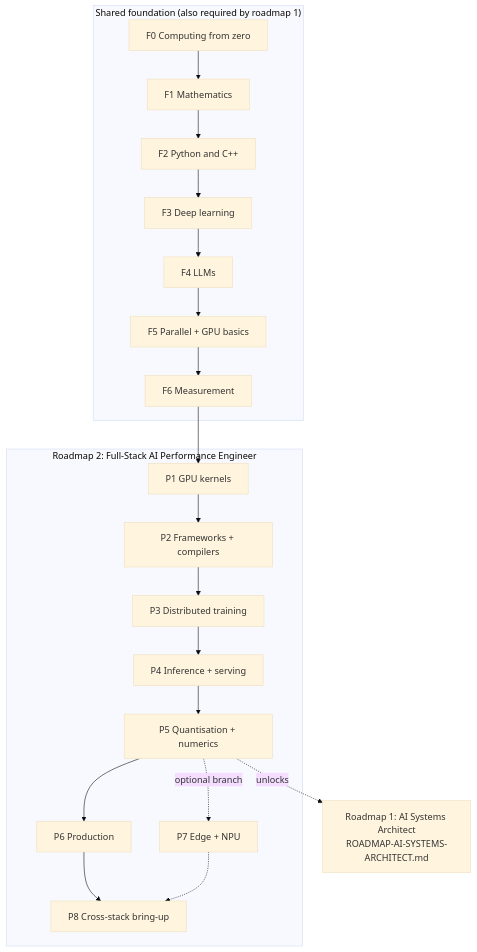
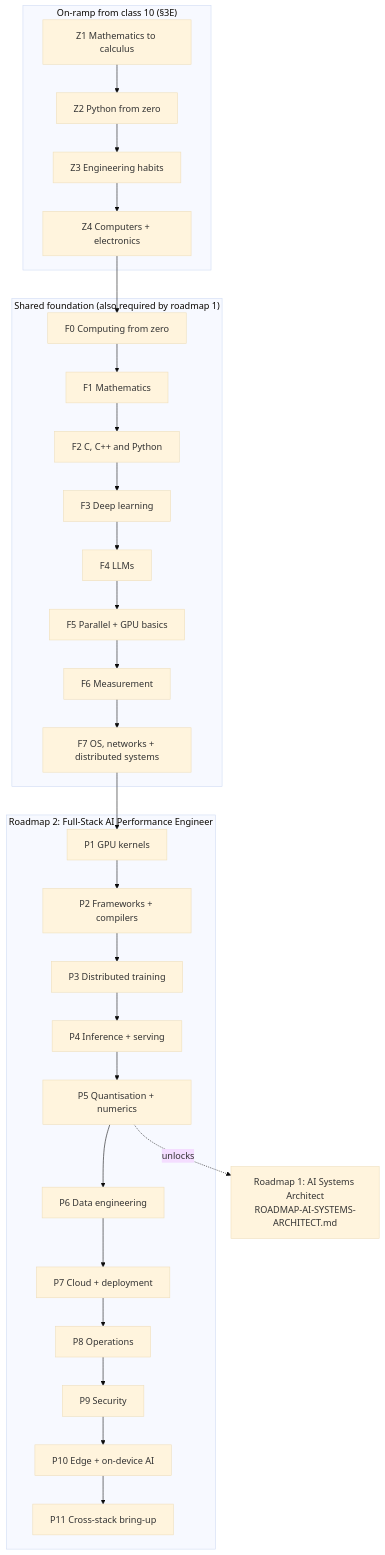
One commit to SID-Devu/AI-Trainings changed the first of 3 diagrams in reference/ROADMAP-AI-PERFORMANCE-ENGINEER.md. Above: the diagram before and after it, drawn with Mermaid (base theme). The commit also changed other lines of this file and 3 other files, not shown here.

````diff
--- a/reference/ROADMAP-AI-PERFORMANCE-ENGINEER.md
+++ b/reference/ROADMAP-AI-PERFORMANCE-ENGINEER.md
@@ -100,13 +139,15 @@
 ```mermaid
 flowchart TB
+    subgraph Z["On-ramp from class 10 (§3E)"]
+        Z1["Z1 Mathematics to calculus"] --> Z2["Z2 Python from zero"] --> Z3["Z3 Engineering habits"] --> Z4["Z4 Computers + electronics"]
+    end
     subgraph S["Shared foundation (also required by roadmap 1)"]
-        F0["F0 Computing from zero"] --> F1["F1 Mathematics"] --> F2["F2 Python and C++"] --> F3["F3 Deep learning"] --> F4["F4 LLMs"] --> F5["F5 Parallel + GPU basics"] --> F6["F6 Measurement"]
+        F0["F0 Computing from zero"] --> F1["F1 Mathematics"] --> F2["F2 C, C++ and Python"] --> F3["F3 Deep learning"] --> F4["F4 LLMs"] --> F5["F5 Parallel + GPU basics"] --> F6["F6 Measurement"] --> F7["F7 OS, networks + distributed systems"]
     end
     subgraph R2["Roadmap 2: Full-Stack AI Performance Engineer"]
-        P1["P1 GPU kernels"] --> P2["P2 Frameworks + compilers"] --> P3["P3 Distributed training"] --> P4["P4 Inference + serving"] --> P5["P5 Quantisation + numerics"] --> P6["P6 Production"] --> P8["P8 Cross-stack bring-up"]
-        P5 -.->|optional branch| P7["P7 Edge + NPU"]
-        P7 -.-> P8
+        P1["P1 GPU kernels"] --> P2["P2 Frameworks + compilers"] --> P3["P3 Distributed training"] --> P4["P4 Inference + serving"] --> P5["P5 Quantisation + numerics"] --> P6["P6 Data engineering"] --> P7["P7 Cloud + deployment"] --> P8["P8 Operations"] --> P9["P9 Security"] --> P10["P10 Edge + on-device AI"] --> P11["P11 Cross-stack bring-up"]
     end
-    F6 --> P1
+    Z4 --> F0
+    F7 --> P1
     P5 -.->|unlocks| A["Roadmap 1: AI Systems Architect<br/>ROADMAP-AI-SYSTEMS-ARCHITECT.md"]
 ```
````
